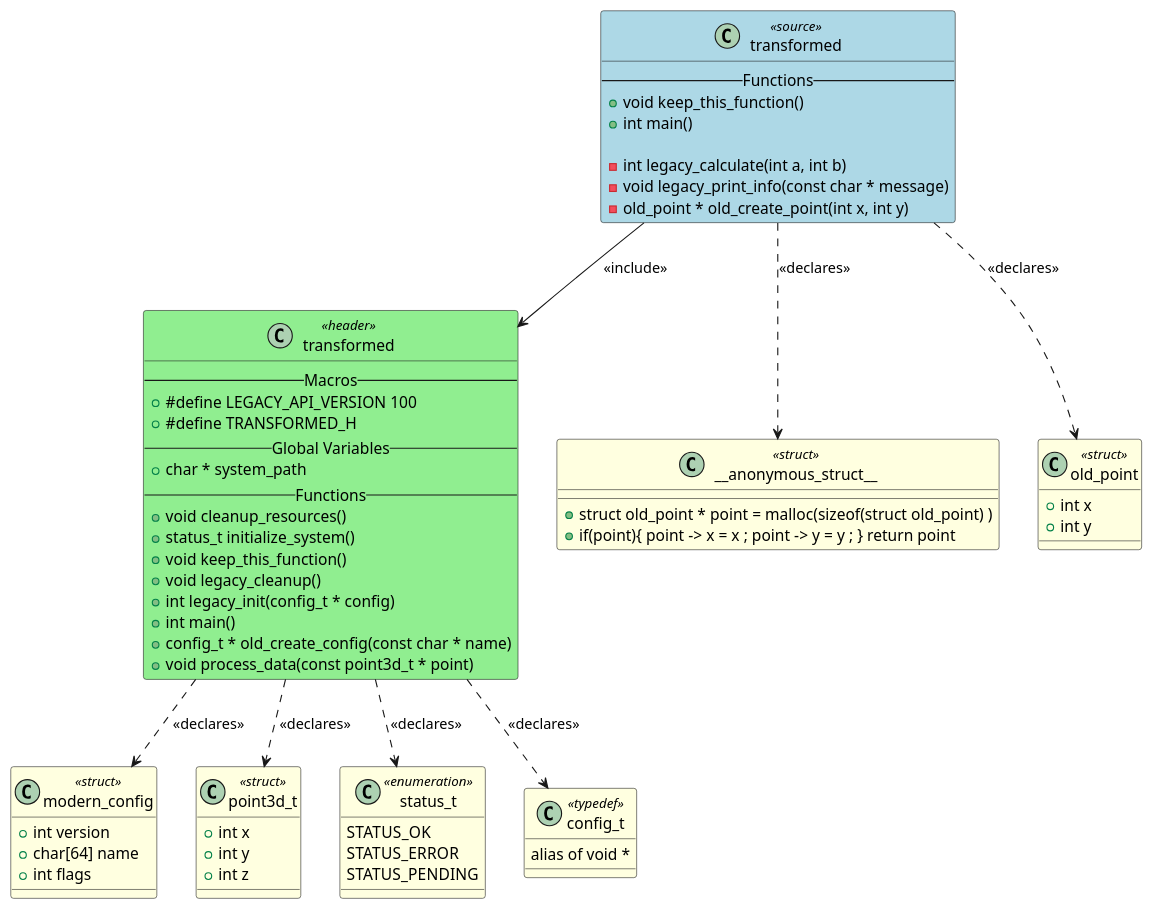
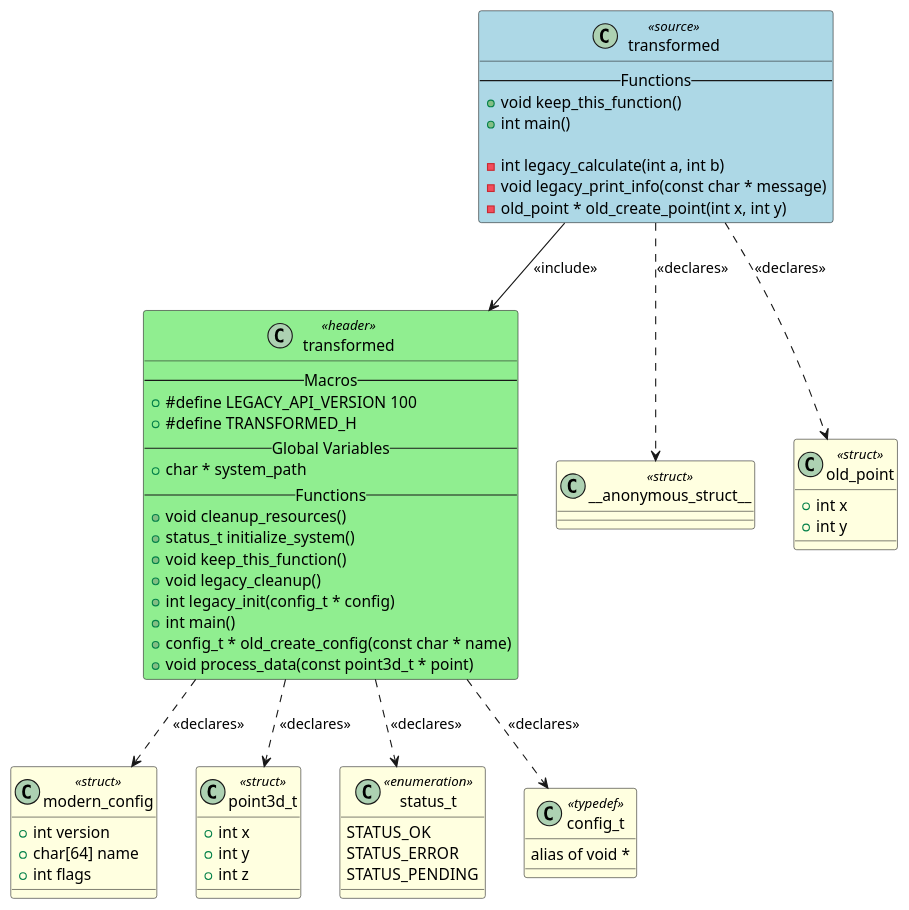
One commit to fischerjooo/c2puml changed the diagram in artifacts/output_example/transformed.puml. Above: the diagram before and after it, drawn with PlantUML. The commit also changed 1 other file, not shown here.

```diff
--- a/artifacts/output_example/transformed.puml
+++ b/artifacts/output_example/transformed.puml
@@ -1,84 +1,82 @@
 @startuml transformed
 
 class "transformed" as TRANSFORMED <<source>> #LightBlue
 {
     -- Functions --
     + void keep_this_function()
     + int main()
 
     - int legacy_calculate(int a, int b)
     - void legacy_print_info(const char * message)
     - old_point * old_create_point(int x, int y)
 }
 
 class "transformed" as HEADER_TRANSFORMED <<header>> #LightGreen
 {
     -- Macros --
     + #define LEGACY_API_VERSION 100
     + #define TRANSFORMED_H
     -- Global Variables --
     + char * system_path
     -- Functions --
     + void cleanup_resources()
     + status_t initialize_system()
     + void keep_this_function()
     + void legacy_cleanup()
     + int legacy_init(config_t * config)
     + int main()
     + config_t * old_create_config(const char * name)
     + void process_data(const point3d_t * point)
 }
 
 class "__anonymous_struct__" as TYPEDEF___ANONYMOUS_STRUCT__ <<struct>> #LightYellow
 {
-    + struct old_point * point = malloc(sizeof(struct old_point) )
-    + if(point){ point -> x = x ; point -> y = y ; } return point
 }
 
 class "old_point" as TYPEDEF_OLD_POINT <<struct>> #LightYellow
 {
     + int x
     + int y
 }
 
 class "modern_config" as TYPEDEF_MODERN_CONFIG <<struct>> #LightYellow
 {
     + int version
     + char[64] name
     + int flags
 }
 
 class "point3d_t" as TYPEDEF_POINT3D_T <<struct>> #LightYellow
 {
     + int x
     + int y
     + int z
 }
 
 class "status_t" as TYPEDEF_STATUS_T <<enumeration>> #LightYellow
 {
     STATUS_OK
     STATUS_ERROR
     STATUS_PENDING
 }
 
 class "config_t" as TYPEDEF_CONFIG_T <<typedef>> #LightYellow
 {
     alias of void *
 }
 
 
 ' Include relationships
 TRANSFORMED --> HEADER_TRANSFORMED : <<include>>
 
 ' Declaration relationships
 TRANSFORMED ..> TYPEDEF___ANONYMOUS_STRUCT__ : <<declares>>
 TRANSFORMED ..> TYPEDEF_OLD_POINT : <<declares>>
 HEADER_TRANSFORMED ..> TYPEDEF_MODERN_CONFIG : <<declares>>
 HEADER_TRANSFORMED ..> TYPEDEF_POINT3D_T : <<declares>>
 HEADER_TRANSFORMED ..> TYPEDEF_STATUS_T : <<declares>>
 HEADER_TRANSFORMED ..> TYPEDEF_CONFIG_T : <<declares>>
 
 ' Uses relationships
 
 @enduml
```
